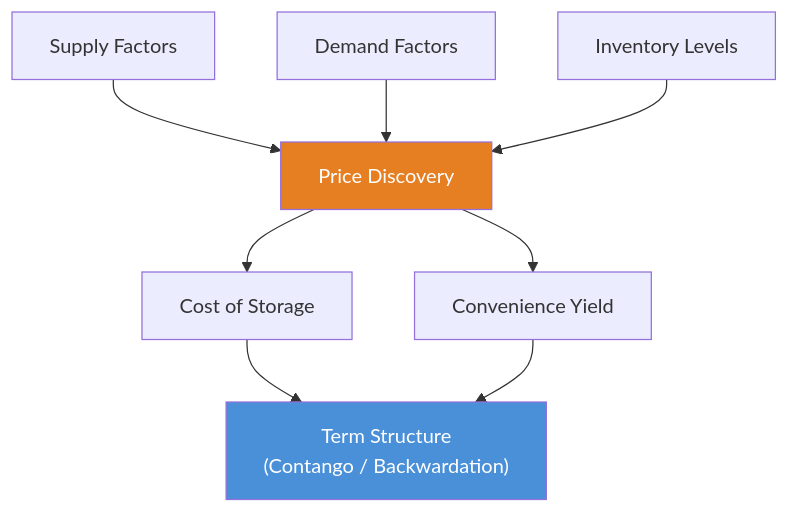
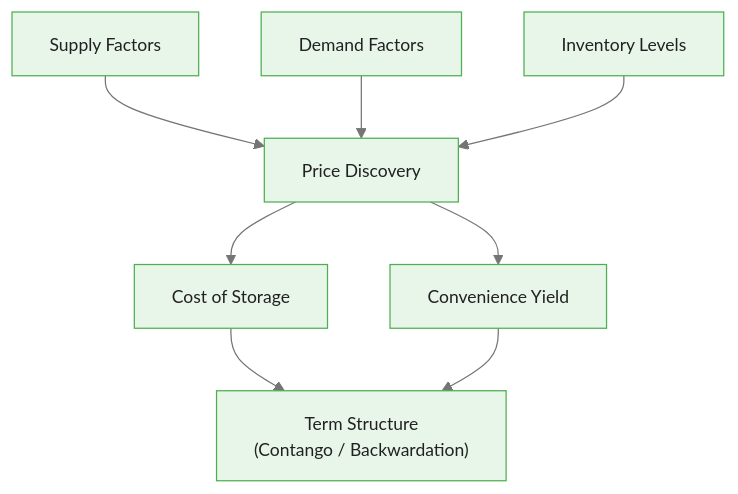
One commit to m-deane/course-creator changed the third of 6 diagrams in courses/bayesian-commodity-forecasting/modules/module_00_foundations/guides/02_commodity_markets_intro_slides.md. Above: the diagram before and after it, drawn with Mermaid. The commit also changed other lines of this file and 104 other files, not shown here.

````diff
--- a/courses/bayesian-commodity-forecasting/modules/module_00_foundations/guides/02_commodity_markets_intro_slides.md
+++ b/courses/bayesian-commodity-forecasting/modules/module_00_foundations/guides/02_commodity_markets_intro_slides.md
@@ -176,12 +192,11 @@
 ```mermaid
+%%{init: {"theme": "base", "themeVariables": {"primaryColor": "#e8f5e9", "primaryBorderColor": "#4caf50", "primaryTextColor": "#212121", "secondaryColor": "#e3f2fd", "tertiaryColor": "#fff8e1", "lineColor": "#757575", "fontFamily": "Inter, sans-serif", "fontSize": "14px"}}}%%
 flowchart TD
     S["Supply Factors"] --> P["Price Discovery"]
     D["Demand Factors"] --> P
     I["Inventory Levels"] --> P
     P --> CS["Cost of Storage"]
     P --> CV["Convenience Yield"]
     CS --> TS["Term Structure\n(Contango / Backwardation)"]
     CV --> TS
-    style P fill:#e67e22,color:#fff
-    style TS fill:#4a90d9,color:#fff
 ```
````
